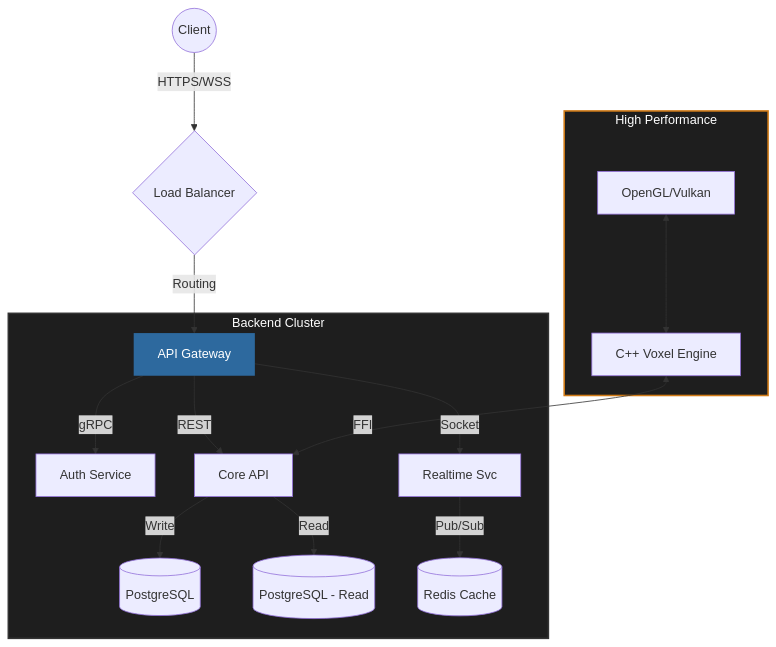
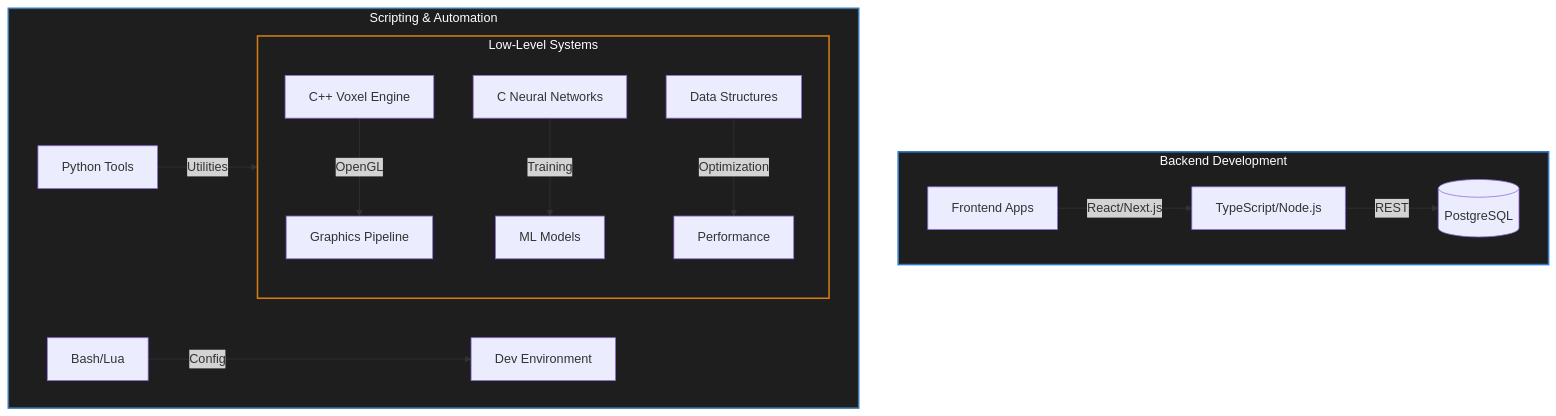
Before and after one commit to Krupanjac/krupanjac: the diagram in README.md, drawn with Mermaid. The commit also changed other lines of this file, not shown here.

````diff
--- a/README.md
+++ b/README.md
@@ -26,24 +26,22 @@
 ```mermaid
 graph TD
-    User((Client)) -->|HTTPS/WSS| LB{Load Balancer}
-    LB -->|Routing| Gateway[API Gateway]
-    
-    subgraph Services [Backend Cluster]
-        Gateway -->|gRPC| Auth[Auth Service]
-        Gateway -->|REST| Core[Core API]
-        Gateway -->|Socket| Realtime[Realtime Svc]
-        
-        Core -->|Write| PrimaryDB[(PostgreSQL)]
-        Core -->|Read| ReadReplica[(PostgreSQL - Read)]
-        Realtime -->|Pub/Sub| Redis[(Redis Cache)]
+    subgraph Systems ["Low-Level Systems"]
+        Engine[C++ Voxel Engine] -->|OpenGL| GPU[Graphics Pipeline]
+        ML[C Neural Networks] -->|Training| Models[ML Models]
+        Algo[Data Structures] -->|Optimization| Perf[Performance]
     end
     
-    subgraph Native [High Performance]
-        Engine[C++ Voxel Engine] <-->|FFI| Core
-        GPU[OpenGL/Vulkan] <--> Engine
+    subgraph Backend ["Backend Development"]
+        API[TypeScript/Node.js] -->|REST| DB[(PostgreSQL)]
+        Web[Frontend Apps] -->|React/Next.js| API
+    end
+    
+    subgraph Tools ["Scripting & Automation"]
+        Python[Python Tools] -->|Utilities| Systems
+        Scripts[Bash/Lua] -->|Config| Dev[Dev Environment]
     end
 
-    style Services fill:#1e1e1e,stroke:#333,stroke-width:2px,color:#fff
-    style Native fill:#1e1e1e,stroke:#d07a16,stroke-width:2px,color:#fff
-    style Gateway fill:#2d699e,stroke:#fff,stroke-width:0px,color:#fff
+    style Systems fill:#1e1e1e,stroke:#d07a16,stroke-width:2px,color:#fff
+    style Backend fill:#1e1e1e,stroke:#3178C6,stroke-width:2px,color:#fff
+    style Tools fill:#1e1e1e,stroke:#3776AB,stroke-width:2px,color:#fff
 ```
````
